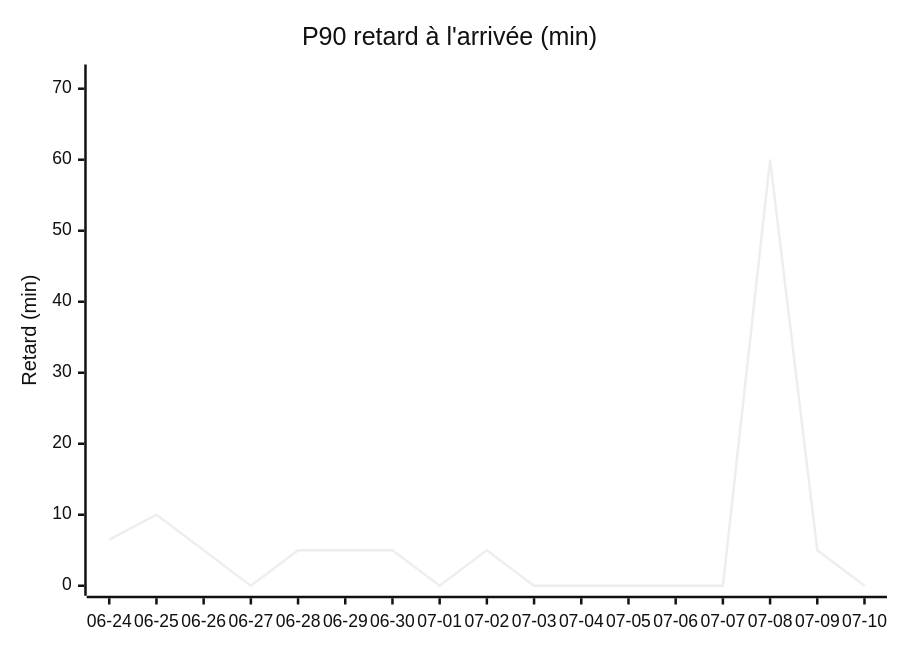
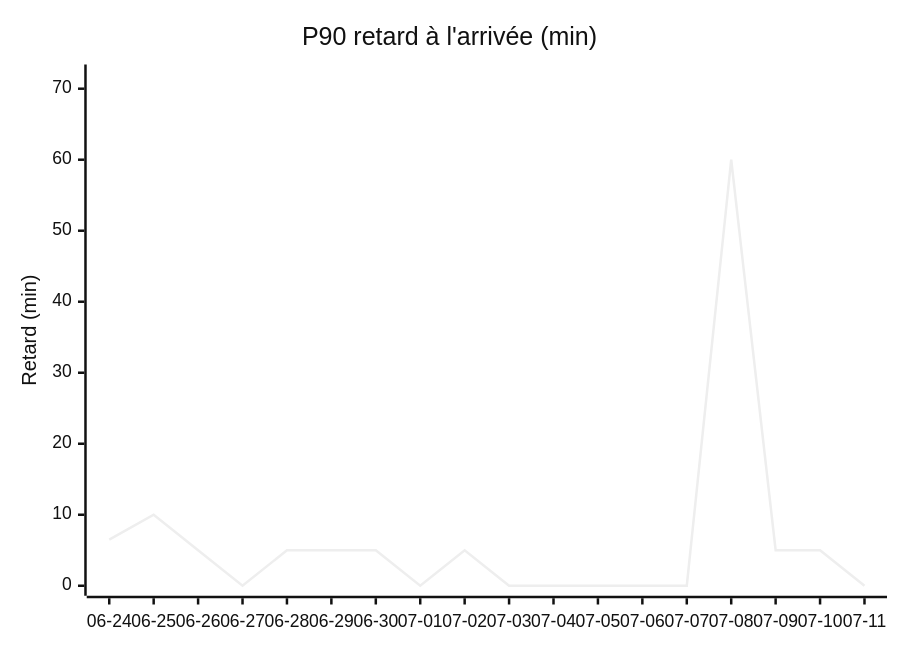
Before and after one commit to antoinerep/horaire-ter: the first of 4 diagrams in STATS.md, drawn with Mermaid (neutral theme). The commit also changed other lines of this file and 1 other file, not shown here.

````diff
--- a/STATS.md
+++ b/STATS.md
@@ -29,7 +29,7 @@
 ```mermaid
 xychart-beta
     title "P90 retard à l'arrivée (min)"
-    x-axis ["06-24", "06-25", "06-26", "06-27", "06-28", "06-29", "06-30", "07-01", "07-02", "07-03", "07-04", "07-05", "07-06", "07-07", "07-08", "07-09", "07-10"]
+    x-axis ["06-24", "06-25", "06-26", "06-27", "06-28", "06-29", "06-30", "07-01", "07-02", "07-03", "07-04", "07-05", "07-06", "07-07", "07-08", "07-09", "07-10", "07-11"]
     y-axis "Retard (min)" 0 --> 72
-    line [6.5, 10.0, 5.0, 0.0, 5.0, 5.0, 5.0, 0.0, 5.0, 0.0, 0.0, 0.0, 0.0, 0.0, 60.0, 5.0, 0.0]
+    line [6.5, 10.0, 5.0, 0.0, 5.0, 5.0, 5.0, 0.0, 5.0, 0.0, 0.0, 0.0, 0.0, 0.0, 60.0, 5.0, 5.0, 0.0]
 ```
````
